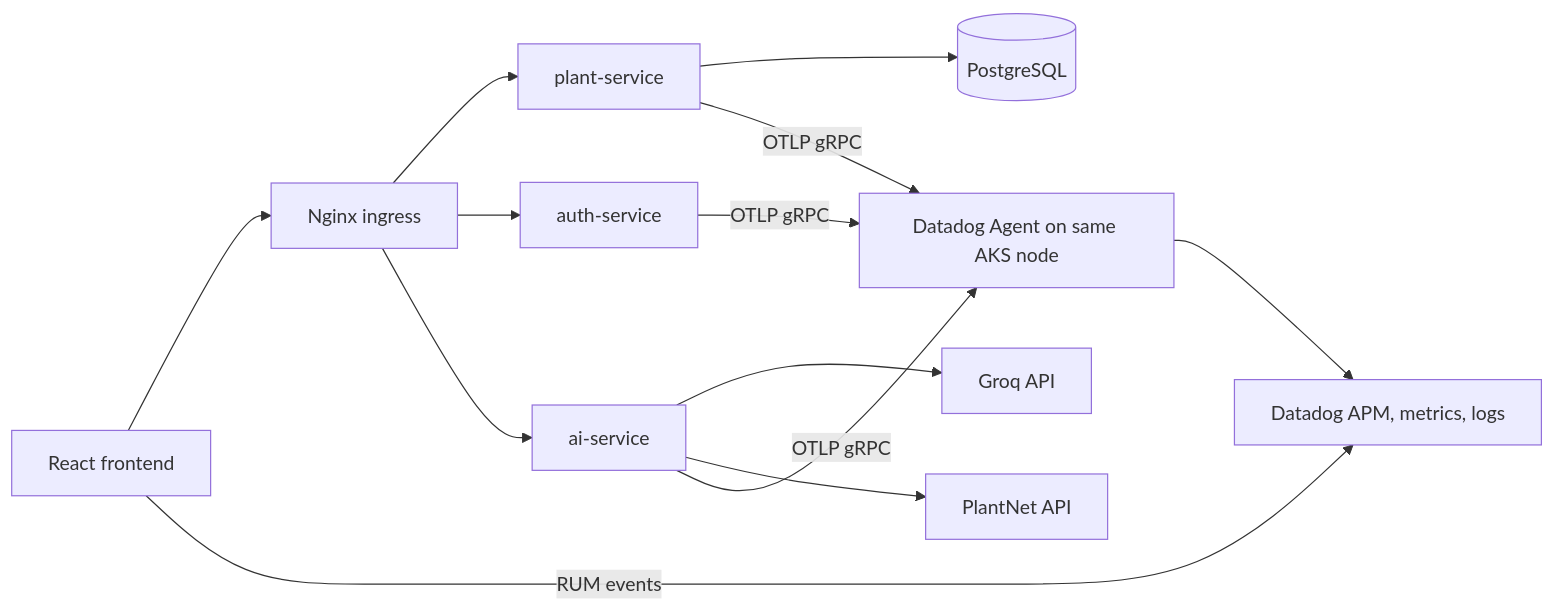
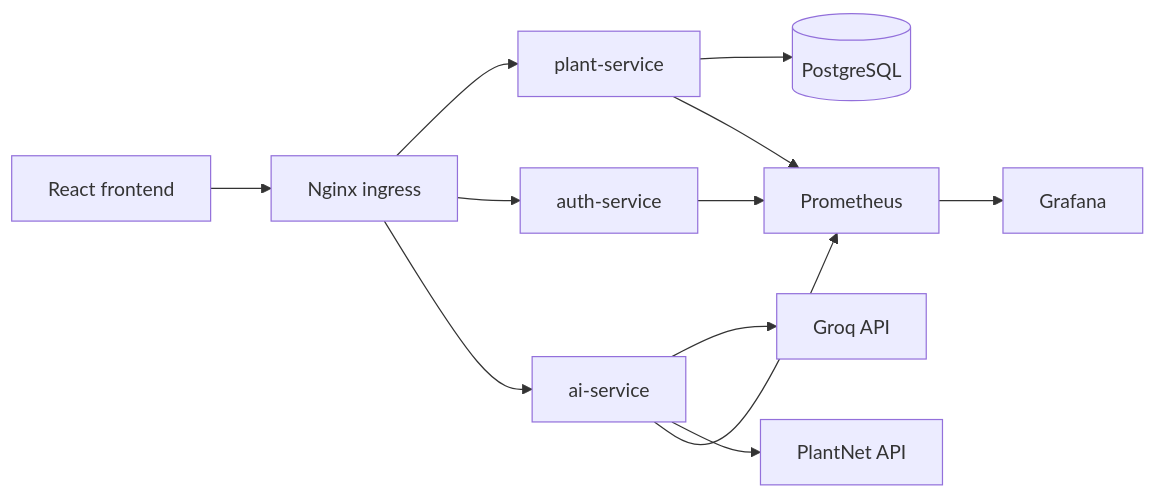
One commit to Dharshan122001/Virtual_Herbal_Garden_Navi changed the diagram in OBSERVABILITY.md. Above: the diagram before and after it, drawn with Mermaid. The commit also changed other lines of this file and 18 other files, not shown here.

Commit message:
prom and grafana

````diff
--- a/OBSERVABILITY.md
+++ b/OBSERVABILITY.md
@@ -7,15 +7,14 @@
 ```mermaid
 flowchart LR
   browser[React frontend] --> ingress[Nginx ingress]
   ingress --> plant[plant-service]
   ingress --> auth[auth-service]
   ingress --> ai[ai-service]
   plant --> postgres[(PostgreSQL)]
   ai --> groq[Groq API]
   ai --> plantnet[PlantNet API]
-  plant -- OTLP gRPC --> dd[Datadog Agent on same AKS node]
-  auth -- OTLP gRPC --> dd
-  ai -- OTLP gRPC --> dd
-  browser -- RUM events --> datadog
-  dd --> datadog[Datadog APM, metrics, logs]
+  plant --> prom[Prometheus]
+  auth --> prom
+  ai --> prom
+  prom --> grafana[Grafana]
 ```
````
